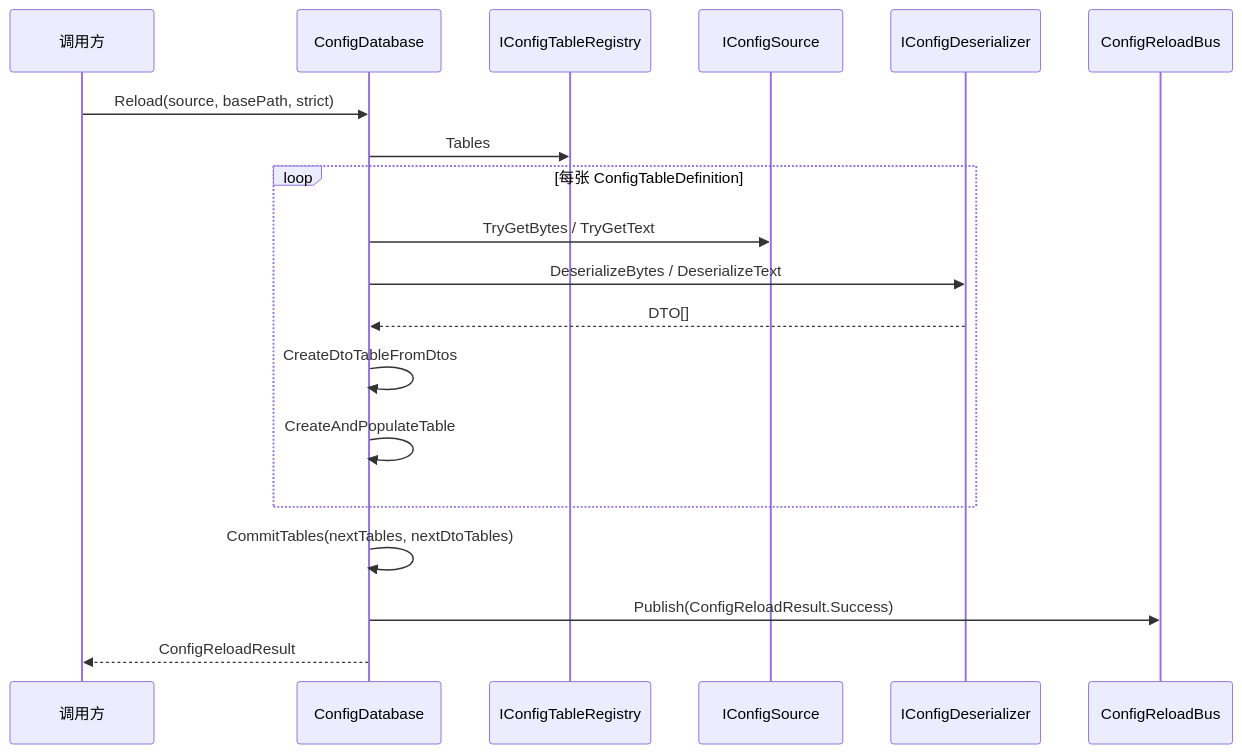
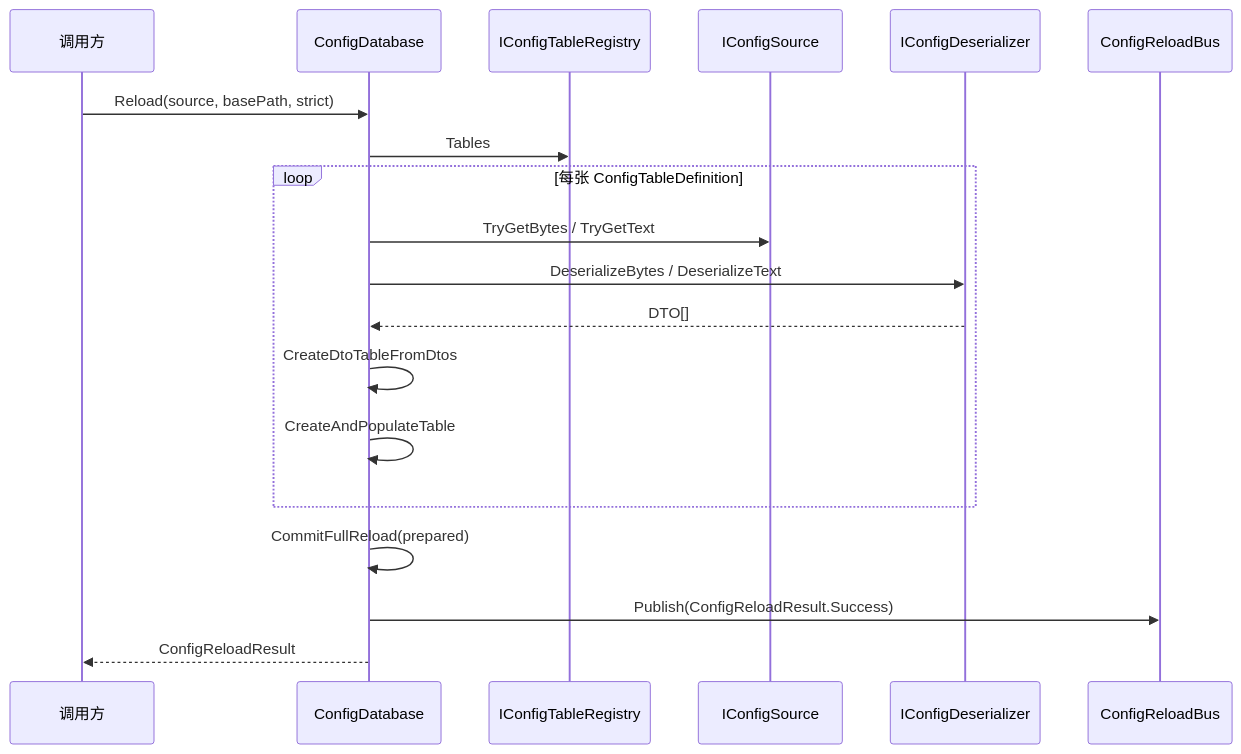
The third of 12 diagrams in Docs/design/05-CommonModules/04-ConfigurationSystem.md (HOBOBO/AbilityKit), drawn with Mermaid before and after one commit. The commit also changed other lines of this file and 1327 other files, not shown here.

````diff
--- a/Docs/design/05-CommonModules/04-ConfigurationSystem.md
+++ b/Docs/design/05-CommonModules/04-ConfigurationSystem.md
@@ -183,22 +189,22 @@
 ```mermaid
 sequenceDiagram
     participant Caller as 调用方
     participant DB as ConfigDatabase
     participant Registry as IConfigTableRegistry
     participant Source as IConfigSource
     participant Deser as IConfigDeserializer
     participant Bus as ConfigReloadBus
 
     Caller->>DB: Reload(source, basePath, strict)
     DB->>Registry: Tables
     loop 每张 ConfigTableDefinition
         DB->>Source: TryGetBytes / TryGetText
         DB->>Deser: DeserializeBytes / DeserializeText
         Deser-->>DB: DTO[]
         DB->>DB: CreateDtoTableFromDtos
         DB->>DB: CreateAndPopulateTable
     end
-    DB->>DB: CommitTables(nextTables, nextDtoTables)
+    DB->>DB: CommitFullReload(prepared)
     DB->>Bus: Publish(ConfigReloadResult.Success)
     DB-->>Caller: ConfigReloadResult
 ```
````
